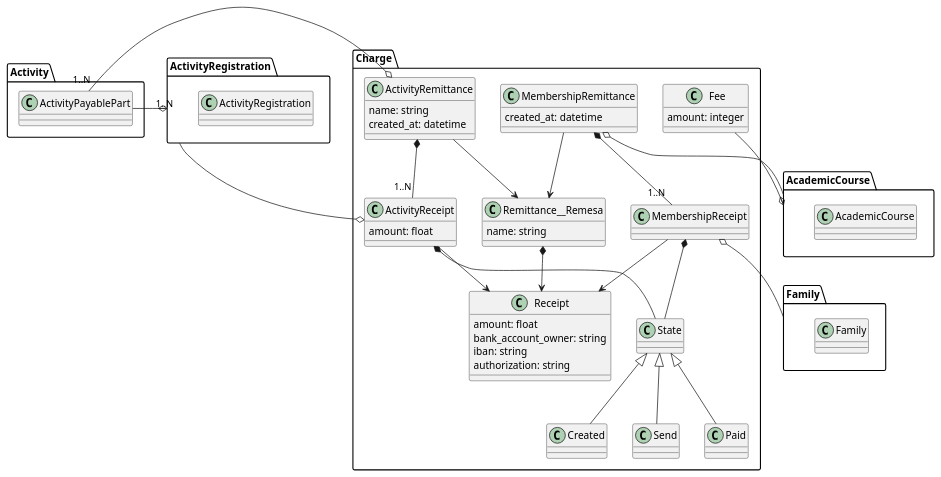
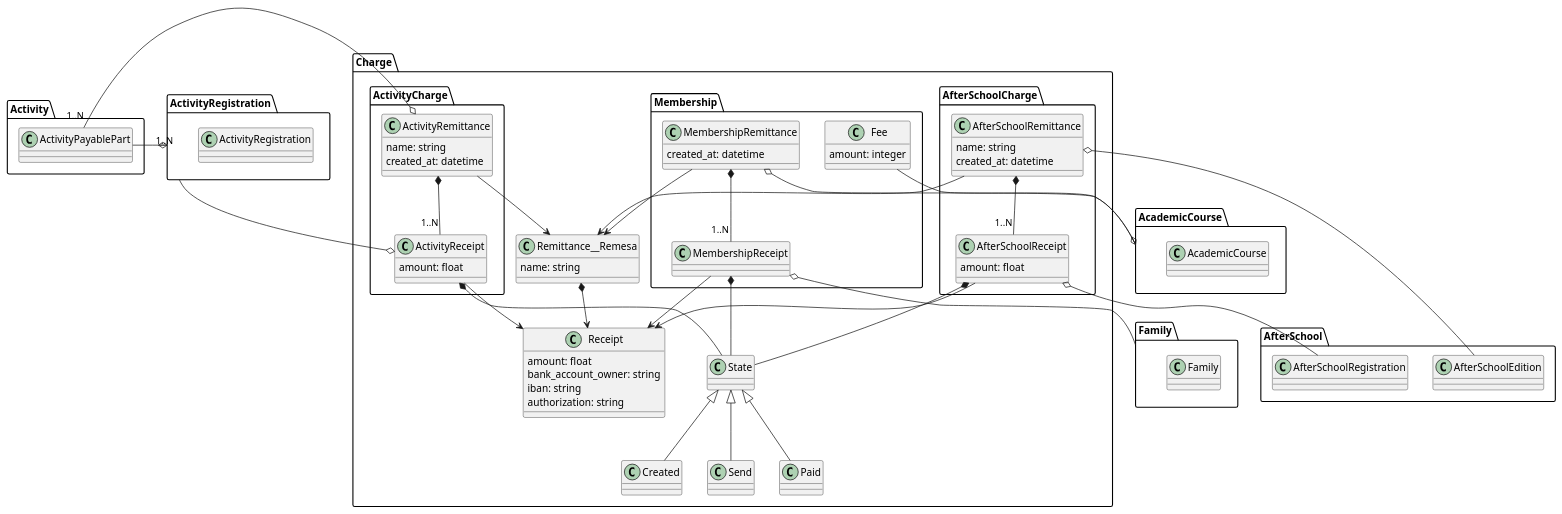
The diagram in doc/DomainModelDiagram/ChargePackage/ChargePackage.puml (IgnacioMaestro/ampa-manager), drawn with PlantUML before and after one commit. The commit also changed 14 other files, not shown here.

Commit message:
feat: add after_school_registration.py and start doc for charge

```diff
--- a/doc/DomainModelDiagram/ChargePackage/ChargePackage.puml
+++ b/doc/DomainModelDiagram/ChargePackage/ChargePackage.puml
@@ -1,74 +1,98 @@
 @startuml
 package Charge{
-  class ActivityRemittance{
-    name: string
-    created_at: datetime
-  }
-  class ActivityReceipt {
-    amount: float
-  }
-  class MembershipRemittance {
-    created_at: datetime
-  }
-  class MembershipReceipt
+    package Membership{
+        class MembershipRemittance {
+            created_at: datetime
+        }
+        class MembershipReceipt
+        class Fee{
+            amount: integer
+        }
+    }
+    package ActivityCharge{
+        class ActivityRemittance{
+            name: string
+            created_at: datetime
+        }
+        class ActivityReceipt {
+            amount: float
+        }
+    }
+    package AfterSchoolCharge{
+        class AfterSchoolRemittance{
+            name: string
+            created_at: datetime
+        }
+        class AfterSchoolReceipt {
+            amount: float
+        }
+    }
 
-  class State
-  class Created
-  class Send
-  class Paid
-  State <|-- Created
-  State <|-- Send
-  State <|-- Paid
 
-  class Remittance__Remesa {
-    name: string
-  }
-  class Receipt {
-    amount: float
-    bank_account_owner: string
-    iban: string
-    authorization: string
-  }
+    class State
+    class Created
+    class Send
+    class Paid
+    State <|-- Created
+    State <|-- Send
+    State <|-- Paid
 
-  class Fee{
-    amount: integer
-  }
+    class Remittance__Remesa {
+        name: string
+    }
+    class Receipt {
+        amount: float
+        bank_account_owner: string
+        iban: string
+        authorization: string
+    }
 
-  Remittance__Remesa *--> Receipt
-  ActivityReceipt --> Receipt
-  ActivityRemittance --> Remittance__Remesa
-  MembershipReceipt --> Receipt
-  MembershipRemittance --> Remittance__Remesa
+    Remittance__Remesa *--> Receipt
+    ActivityReceipt --> Receipt
+    ActivityRemittance --> Remittance__Remesa
+    MembershipReceipt --> Receipt
+    MembershipRemittance --> Remittance__Remesa
+    AfterSchoolReceipt --> Receipt
+    AfterSchoolRemittance --> Remittance__Remesa
 
-  ActivityReceipt *-- State
-  ActivityRemittance *-- "1..N" ActivityReceipt
-  MembershipReceipt *-- State
-  MembershipRemittance *-- "1..N" MembershipReceipt
+    ActivityReceipt *-- State
+    ActivityRemittance *-- "1..N" ActivityReceipt
+    MembershipReceipt *-- State
+    MembershipRemittance *-- "1..N" MembershipReceipt
+    AfterSchoolReceipt *-- State
+    AfterSchoolRemittance *-- "1..N" AfterSchoolReceipt
 }
 
 package Activity{
-  class ActivityPayablePart
+    class ActivityPayablePart
 }
 
 ActivityPayablePart "1..N" -right-o ActivityRemittance
 
 package ActivityRegistration {
-  class ActivityRegistration
+    class ActivityRegistration
 }
 
 ActivityRegistration "1..N" --o ActivityReceipt
 
 ActivityRegistration o--left ActivityPayablePart
 
 package AcademicCourse{
-  class AcademicCourse
+    class AcademicCourse
 }
 
 Fee --o AcademicCourse
 MembershipRemittance o-- AcademicCourse
 
 package Family{
-  class Family
+    class Family
 }
 MembershipReceipt o--  Family
+
+package AfterSchool{
+    class AfterSchoolEdition
+    class AfterSchoolRegistration
+}
+AfterSchoolRemittance o-- AfterSchoolEdition
+AfterSchoolReceipt o-- AfterSchoolRegistration
 @enduml
```
